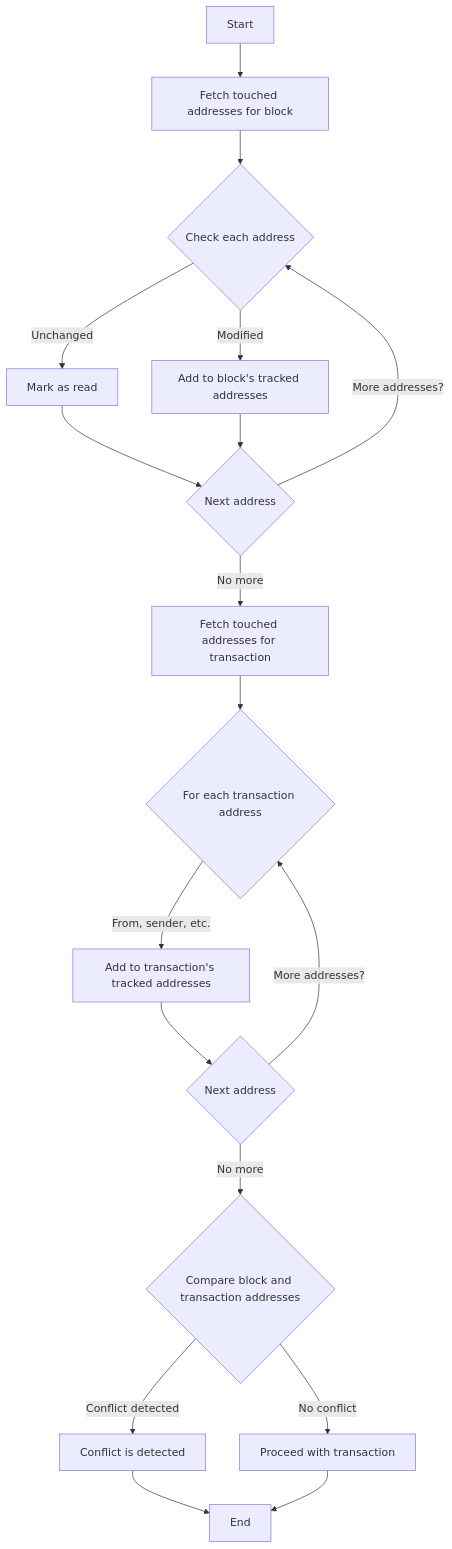
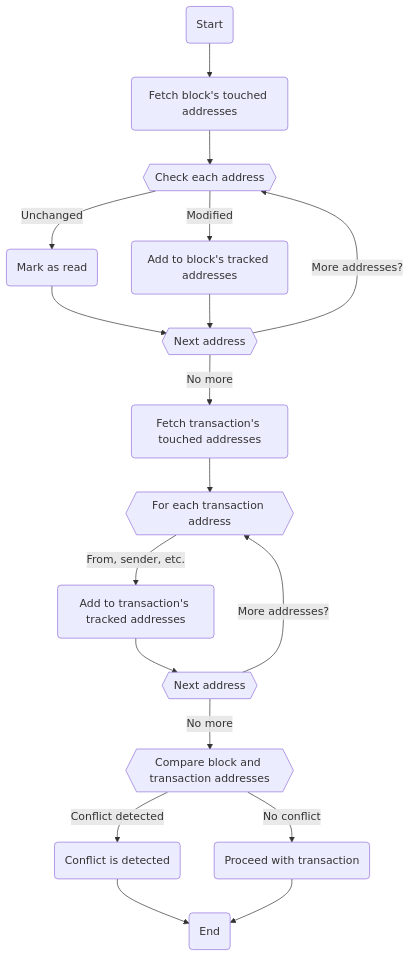
One commit to hyperledger/besu-docs changed the third of 3 diagrams in docs/public-networks/concepts/parallel-transaction-execution.md. Above: the diagram before and after it, drawn with Mermaid. The commit also changed other lines of this file and 1 other file, not shown here.

````diff
--- a/docs/public-networks/concepts/parallel-transaction-execution.md
+++ b/docs/public-networks/concepts/parallel-transaction-execution.md
@@ -117,20 +123,20 @@
 ```mermaid
 graph TD;
-  A[Start] --> B[Fetch touched addresses for block];
-  B --> C{Check each address};
-  C -->|Unchanged| D[Mark as read];
-  C -->|Modified| E[Add to block's tracked addresses];
-  D --> F{Next address};
+  A(Start) --> B(Fetch block's touched addresses);
+  B --> C{{Check each address}};
+  C -->|Unchanged| D(Mark as read);
+  C -->|Modified| E(Add to block's tracked addresses);
+  D --> F{{Next address}};
   E --> F;
   F -->|More addresses?| C;
-  F -->|No more| G[Fetch touched addresses for transaction];
-  G --> H{For each transaction address};
-  H -->|From, sender, etc.| I[Add to transaction's tracked addresses];
-  I --> J{Next address};
+  F -->|No more| G(Fetch transaction's touched addresses);
+  G --> H{{For each transaction address}};
+  H -->|From, sender, etc.| I(Add to transaction's tracked addresses);
+  I --> J{{Next address}};
   J -->|More addresses?| H;
-  J -->|No more| K{Compare block and transaction addresses};
-  K -->|Conflict detected| L[Conflict is detected];
-  K -->|No conflict| M[Proceed with transaction];
-  L --> N[End];
+  J -->|No more| K{{Compare block and transaction addresses}};
+  K -->|Conflict detected| L(Conflict is detected);
+  K -->|No conflict| M(Proceed with transaction);
+  L --> N(End);
   M --> N;
 ```
````
